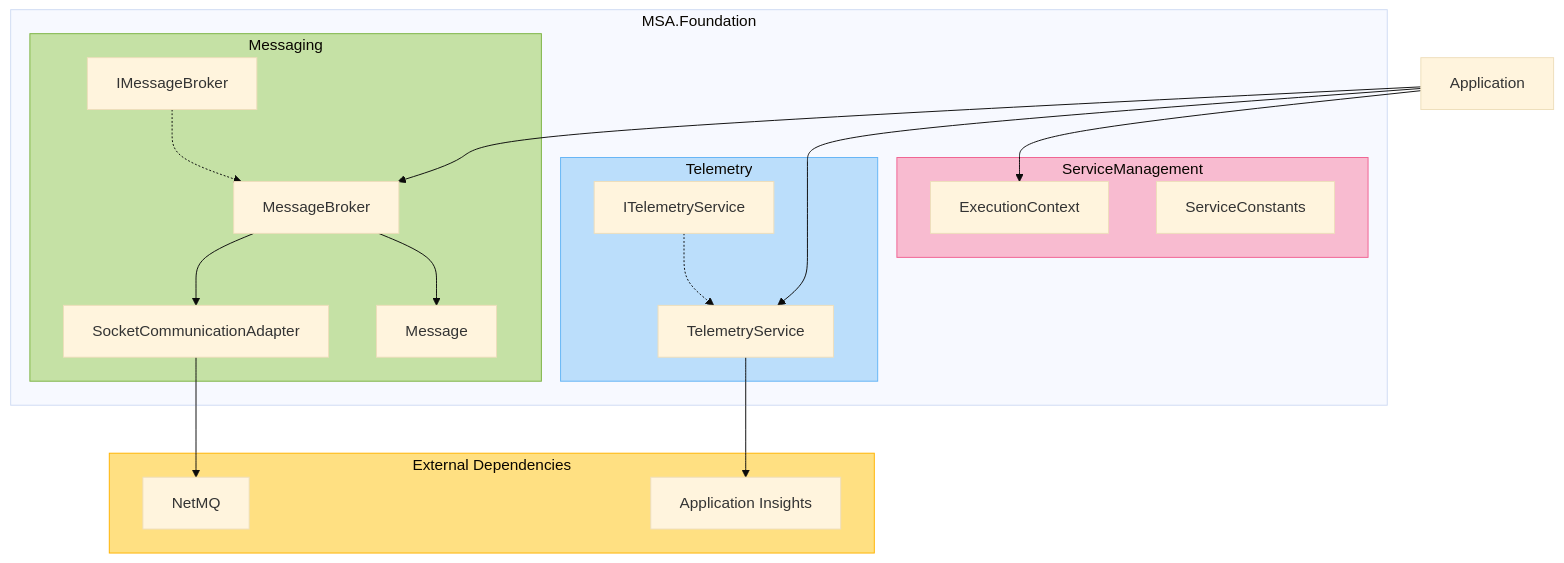
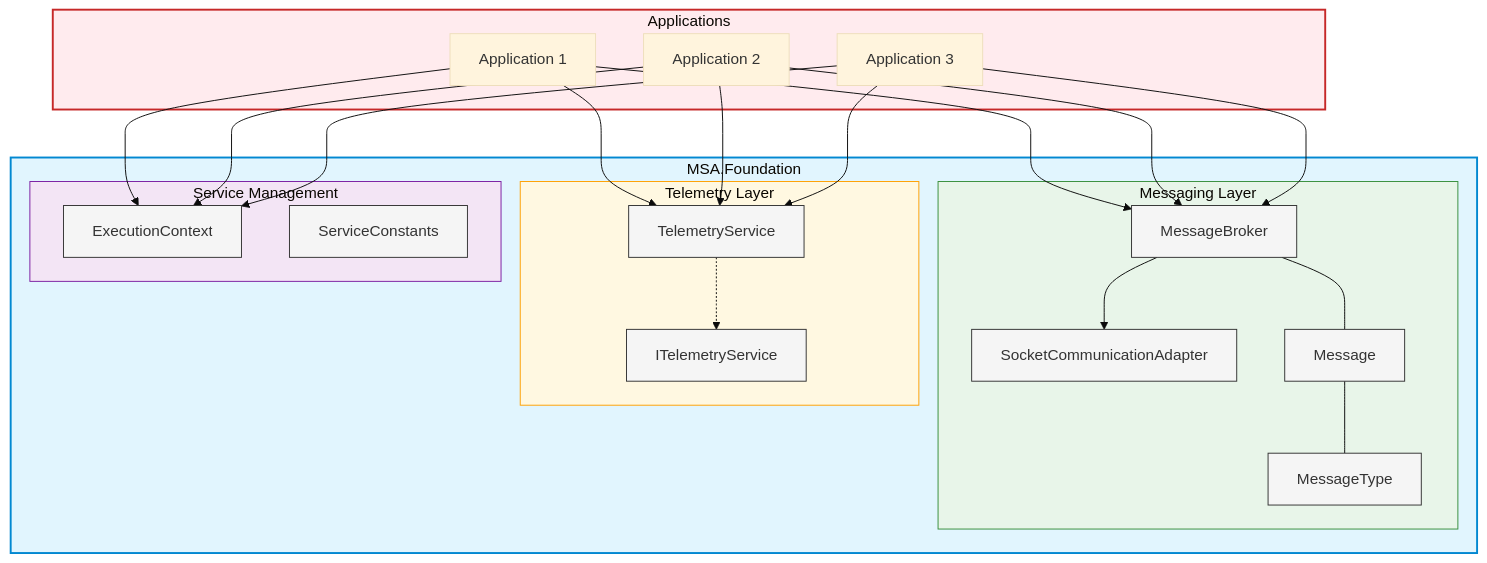
Before and after one commit to ofgirichardsonb/AvaloniaPoker: the first of 2 diagrams in MSA.Foundation/docs/architecture_overview.md, drawn with Mermaid (base theme). The commit also changed other lines of this file and 2 other files, not shown here.

First line of the commit message:
Enhance documentation and diagrams for improved understanding of the architecture

````diff
--- a/MSA.Foundation/docs/architecture_overview.md
+++ b/MSA.Foundation/docs/architecture_overview.md
@@ -5,51 +9,54 @@
 ```mermaid
-graph TB
-    subgraph MSA.Foundation["MSA.Foundation"]
-        subgraph Messaging["Messaging"]
-            style Messaging fill:#C5E1A5,stroke:#7CB342
-            iMsgBroker["IMessageBroker"]
-            msgBroker["MessageBroker"]
-            socketAdapter["SocketCommunicationAdapter"]
-            message["Message"]
+graph TD
+    subgraph Foundation["MSA.Foundation"]
+        style Foundation fill:#e1f5fe,stroke:#0288d1,stroke-width:2px
+        
+        subgraph Messaging["Messaging Layer"]
+            style Messaging fill:#e8f5e9,stroke:#388e3c,stroke-width:1px
+            MB["MessageBroker"]
+            SCA["SocketCommunicationAdapter"]
+            MSG["Message"]
+            MT["MessageType"]
         end
         
-        subgraph Telemetry["Telemetry"]
-            style Telemetry fill:#BBDEFB,stroke:#64B5F6
-            iTelemetry["ITelemetryService"]
-            telemetry["TelemetryService"]
+        subgraph Telemetry["Telemetry Layer"]
+            style Telemetry fill:#fff8e1,stroke:#ffa000,stroke-width:1px
+            TS["TelemetryService"]
+            ITS["ITelemetryService"]
         end
         
-        subgraph ServiceManagement["ServiceManagement"]
-            style ServiceManagement fill:#F8BBD0,stroke:#F06292
-            execContext["ExecutionContext"]
-            constants["ServiceConstants"]
+        subgraph ServiceMgmt["Service Management"]
+            style ServiceMgmt fill:#f3e5f5,stroke:#7b1fa2,stroke-width:1px
+            EC["ExecutionContext"]
+            SC["ServiceConstants"]
         end
     end
     
-    subgraph ExternalDeps["External Dependencies"]
-        style ExternalDeps fill:#FFE082,stroke:#FFB300
-        netmq["NetMQ"]
-        appInsights["Application Insights"]
+    subgraph Applications["Applications"]
+        style Applications fill:#ffebee,stroke:#c62828,stroke-width:2px
+        App1["Application 1"]
+        App2["Application 2"]
+        App3["Application 3"]
     end
     
-    %% Relationships within MSA.Foundation
-    iMsgBroker -.-> msgBroker
-    msgBroker --> socketAdapter
-    msgBroker --> message
-    iTelemetry -.-> telemetry
+    App1 --> MB
+    App1 --> TS
+    App1 --> EC
     
-    %% Relationships with external dependencies
-    socketAdapter --> netmq
-    telemetry --> appInsights
+    App2 --> MB
+    App2 --> TS
+    App2 --> EC
     
-    %% Consumer relationship example
-    app["Application"] --> msgBroker
-    app --> telemetry
-    app --> execContext
+    App3 --> MB
+    App3 --> TS
+    App3 --> EC
     
-    %% Add clarifying labels
-    classDef relationshipLabel text-align:left
-    class Messaging relationshipLabel
-    class Telemetry relationshipLabel
-    class ServiceManagement relationshipLabel
+    MB --> SCA
+    MB --- MSG
+    MSG --- MT
+    
+    TS -.-> ITS
+    
+    classDef component fill:#f5f5f5,stroke:#333,stroke-width:1px
+    class MB,SCA,MSG,MT,TS,ITS,EC,SC component
 ```
````
